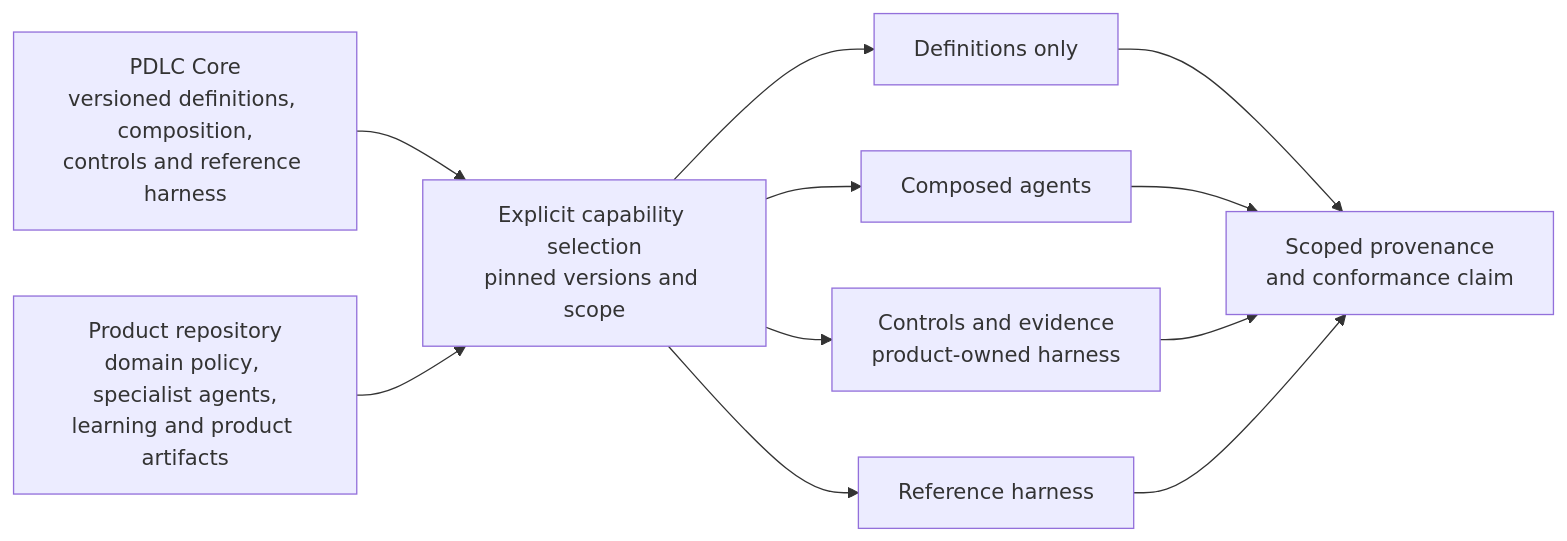
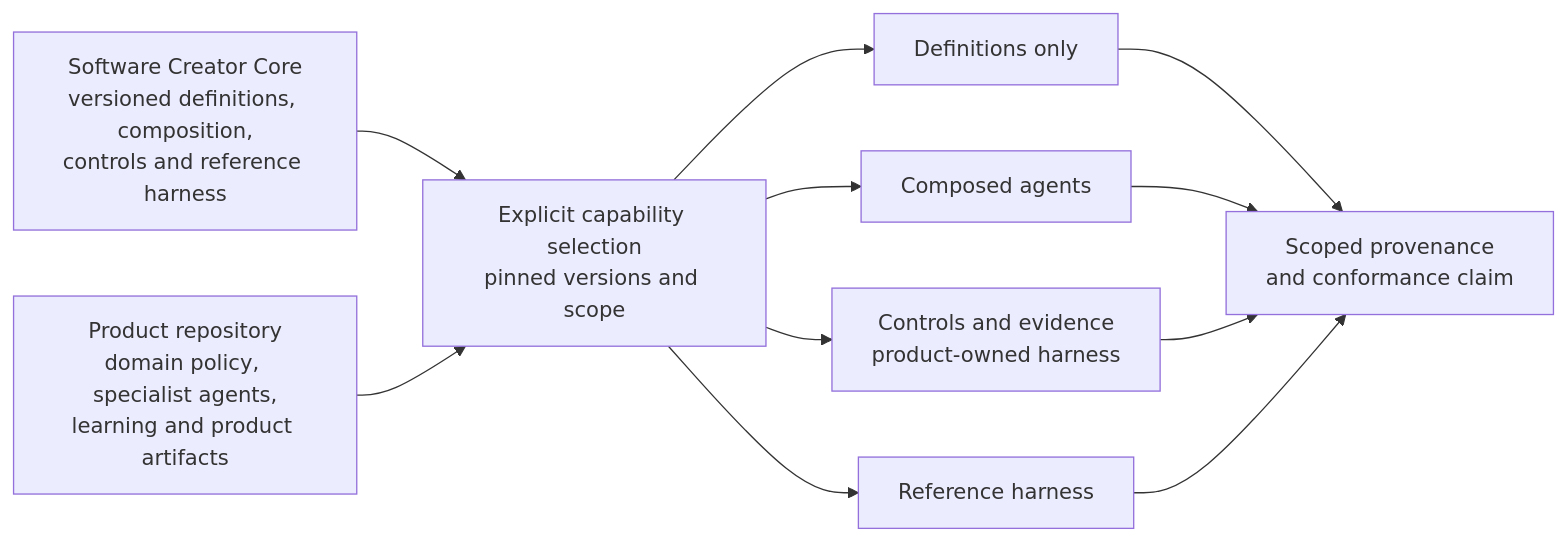
Before and after one commit to vadhoob90/Software_Creator_Core: the diagram in docs/architecture/README.md, drawn with Mermaid. The commit also changed other lines of this file and 14 other files, not shown here.

Commit message:
Rebrand PDLC Core as Software Creator Core (#8)

````diff
--- a/docs/architecture/README.md
+++ b/docs/architecture/README.md
@@ -24,22 +24,22 @@
 ```mermaid
 flowchart LR
-    C["PDLC Core<br/>versioned definitions, composition,<br/>controls and reference harness"]
+    C["Software Creator Core<br/>versioned definitions, composition,<br/>controls and reference harness"]
     P["Product repository<br/>domain policy, specialist agents,<br/>learning and product artifacts"]
     S["Explicit capability selection<br/>pinned versions and scope"]
     D["Definitions only"]
     A["Composed agents"]
     E["Controls and evidence<br/>product-owned harness"]
     H["Reference harness"]
     O["Scoped provenance<br/>and conformance claim"]
 
     C --> S
     P --> S
     S --> D
     S --> A
     S --> E
     S --> H
     D --> O
     A --> O
     E --> O
     H --> O
 ```
````
